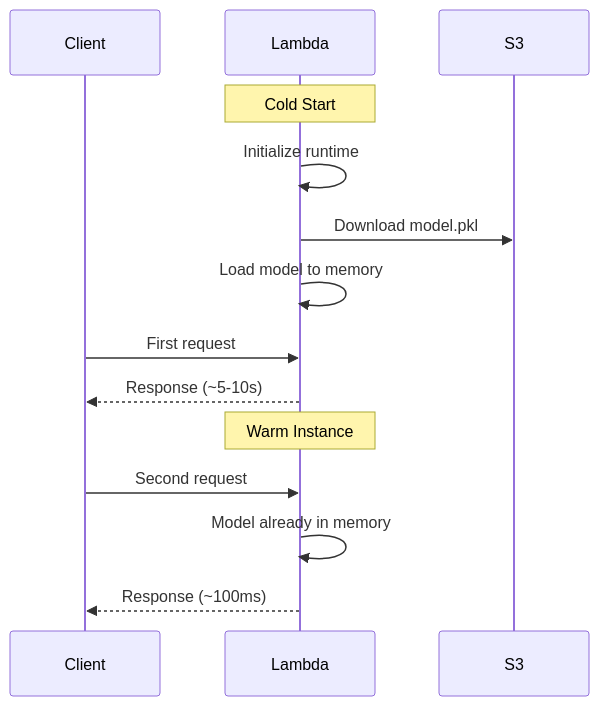
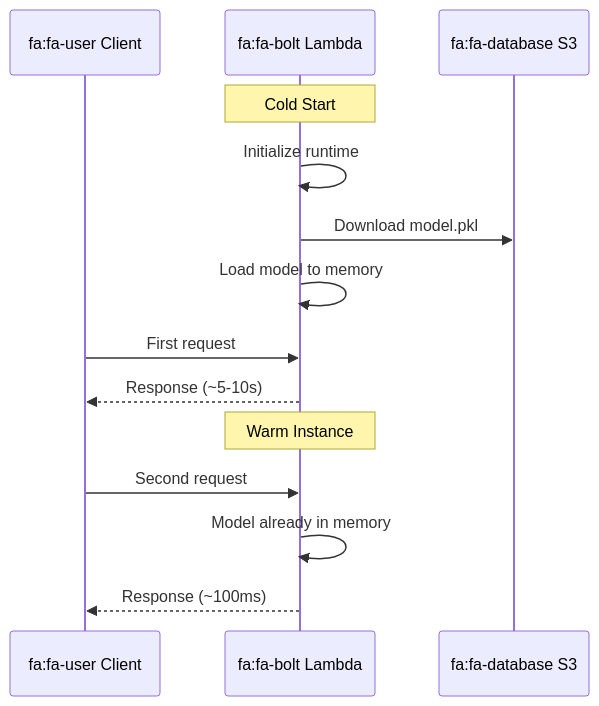
One commit to vinu76jsr/aws-sample-projects changed the second of 3 diagrams in aws-ml-associate-prep/13-lambda-inference/LAB.md. Above: the diagram before and after it, drawn with Mermaid. The commit also changed other lines of this file and 15 other files, not shown here.

First line of the commit message:
Add Font Awesome icons to all Mermaid diagrams

````diff
--- a/aws-ml-associate-prep/13-lambda-inference/LAB.md
+++ b/aws-ml-associate-prep/13-lambda-inference/LAB.md
@@ -50,18 +50,18 @@
 ```mermaid
 sequenceDiagram
-    participant Client
-    participant Lambda
-    participant S3
+    participant Client as fa:fa-user Client
+    participant Lambda as fa:fa-bolt Lambda
+    participant S3 as fa:fa-database S3
 
     Note over Lambda: Cold Start
     Lambda->>Lambda: Initialize runtime
     Lambda->>S3: Download model.pkl
     Lambda->>Lambda: Load model to memory
     Client->>Lambda: First request
     Lambda-->>Client: Response (~5-10s)
 
     Note over Lambda: Warm Instance
     Client->>Lambda: Second request
     Lambda->>Lambda: Model already in memory
     Lambda-->>Client: Response (~100ms)
 ```
````
